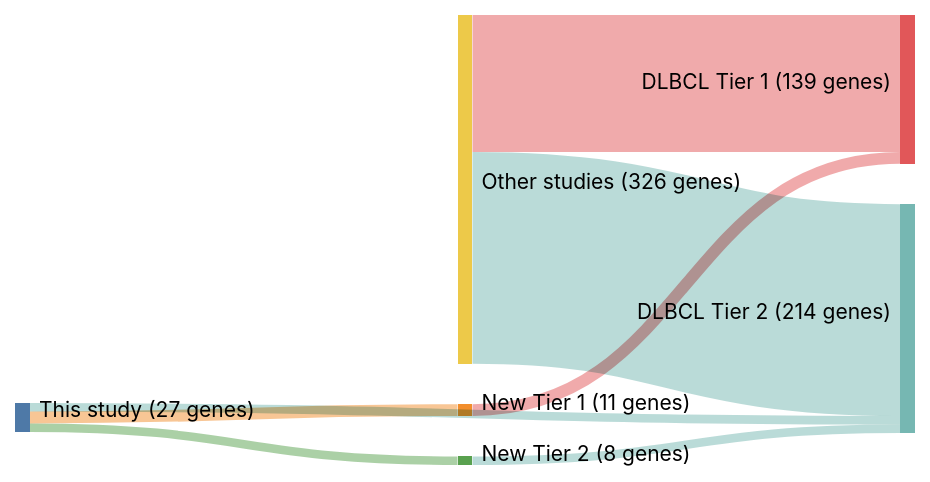
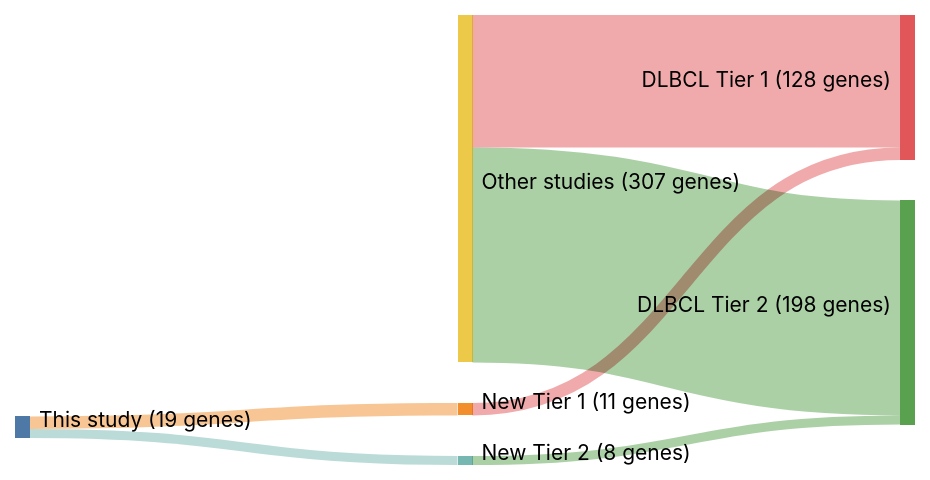
One commit to morinlab/lymphopedia changed the diagram in papers/zhangGeneticHeterogeneityDiffuse2013.md. Above: the diagram before and after it, drawn with Mermaid (forest theme). The commit also changed 81 other files, not shown here.

````diff
--- a/papers/zhangGeneticHeterogeneityDiffuse2013.md
+++ b/papers/zhangGeneticHeterogeneityDiffuse2013.md
@@ -12,21 +12,20 @@
 ```mermaid
 ---
 config:
     sankey:
         showValues: true
         linkColor: target
         width: 600
         height: 300
         nodeAlignment: right
         prefix: '('
         suffix: ' genes)'
 ---
 sankey-beta
 This study, New Tier 1, 11
 New Tier 1, DLBCL Tier 1, 11
-This study, DLBCL Tier 2, 8
 This study, New Tier 2, 8
 New Tier 2, DLBCL Tier 2, 8
-Other studies, DLBCL Tier 1, 128
-Other studies, DLBCL Tier 2, 198
+Other studies, DLBCL Tier 1, 117
+Other studies, DLBCL Tier 2, 190
 ```
````
